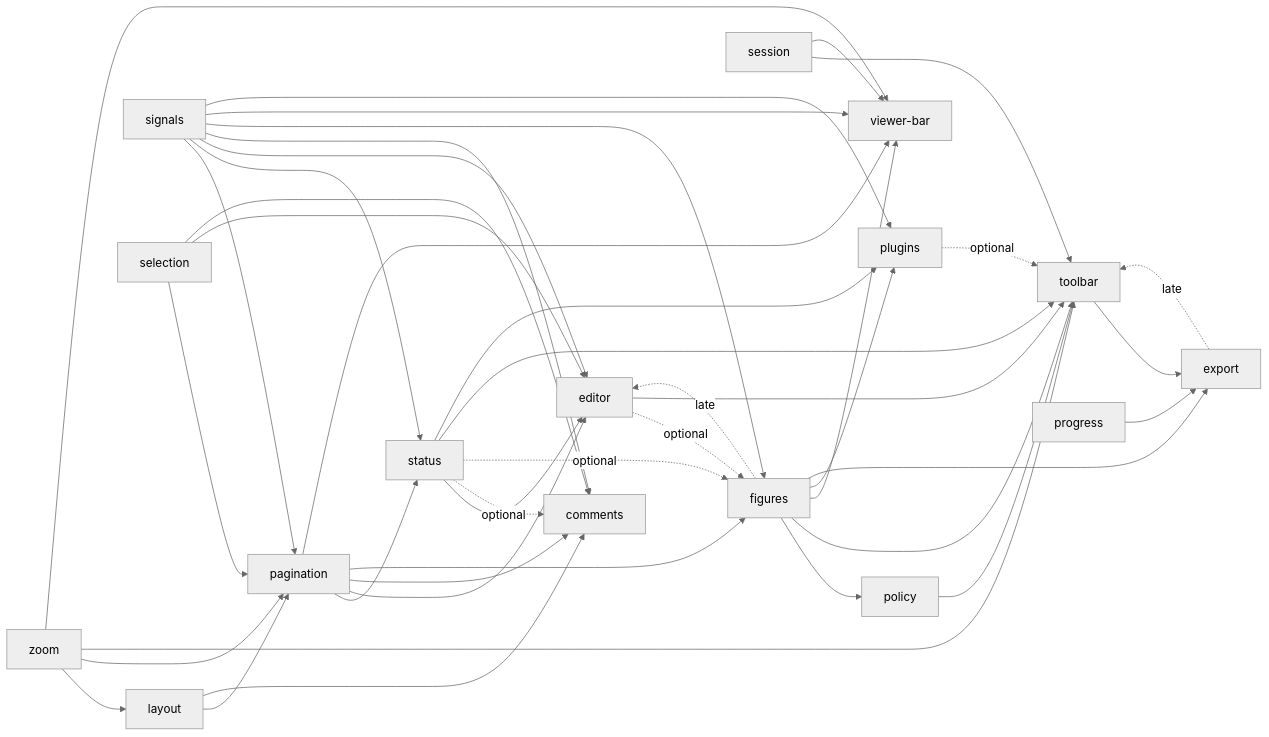
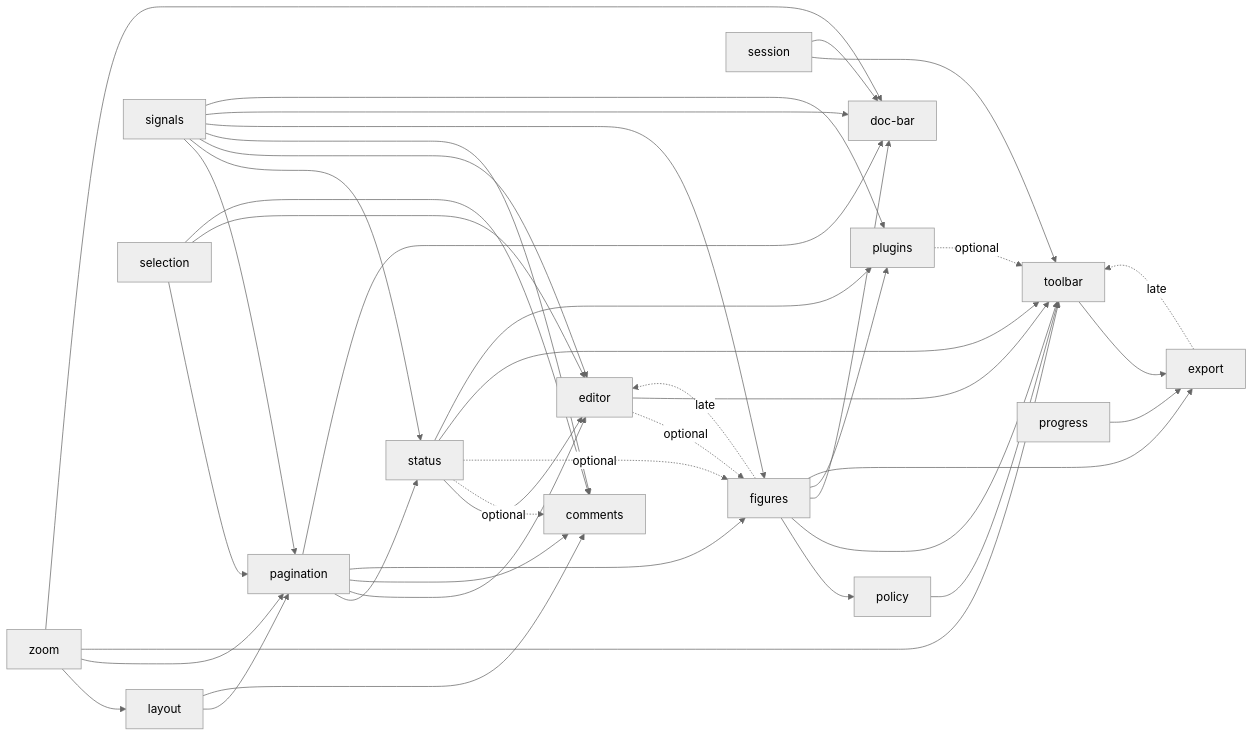
One commit to nakrasian/standalone-doc changed the diagram in DEPS.md. Above: the diagram before and after it, drawn with Mermaid (neutral theme). The commit also changed other lines of this file and 36 other files, not shown here.

````diff
--- a/DEPS.md
+++ b/DEPS.md
@@ -31,44 +31,44 @@
 ```mermaid
 graph LR
   zoom --> layout
   signals --> pagination
   zoom --> pagination
   layout --> pagination
   selection --> pagination
   signals --> status
   pagination --> status
   signals --> editor
   status --> editor
   pagination --> editor
   selection --> editor
   figures -.->|late| editor
   signals --> comments
   pagination --> comments
   layout --> comments
   selection --> comments
   status -.->|optional| comments
   signals --> figures
   pagination --> figures
   status -.->|optional| figures
   editor -.->|optional| figures
   figures --> policy
   zoom --> toolbar
   editor --> toolbar
   figures --> toolbar
   status --> toolbar
   policy --> toolbar
   session --> toolbar
   export -.->|late| toolbar
   plugins -.->|optional| toolbar
-  pagination --> viewer-bar
-  zoom --> viewer-bar
-  figures --> viewer-bar
-  signals --> viewer-bar
-  session --> viewer-bar
+  pagination --> doc-bar
+  zoom --> doc-bar
+  figures --> doc-bar
+  signals --> doc-bar
+  session --> doc-bar
   signals --> plugins
   figures --> plugins
   status --> plugins
   figures --> export
   toolbar --> export
   progress --> export
 ```
````
